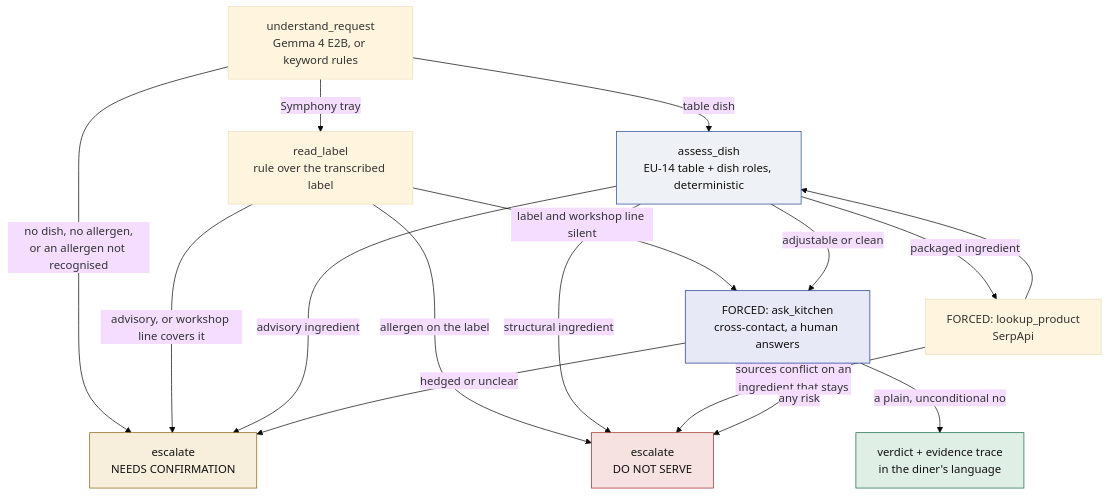
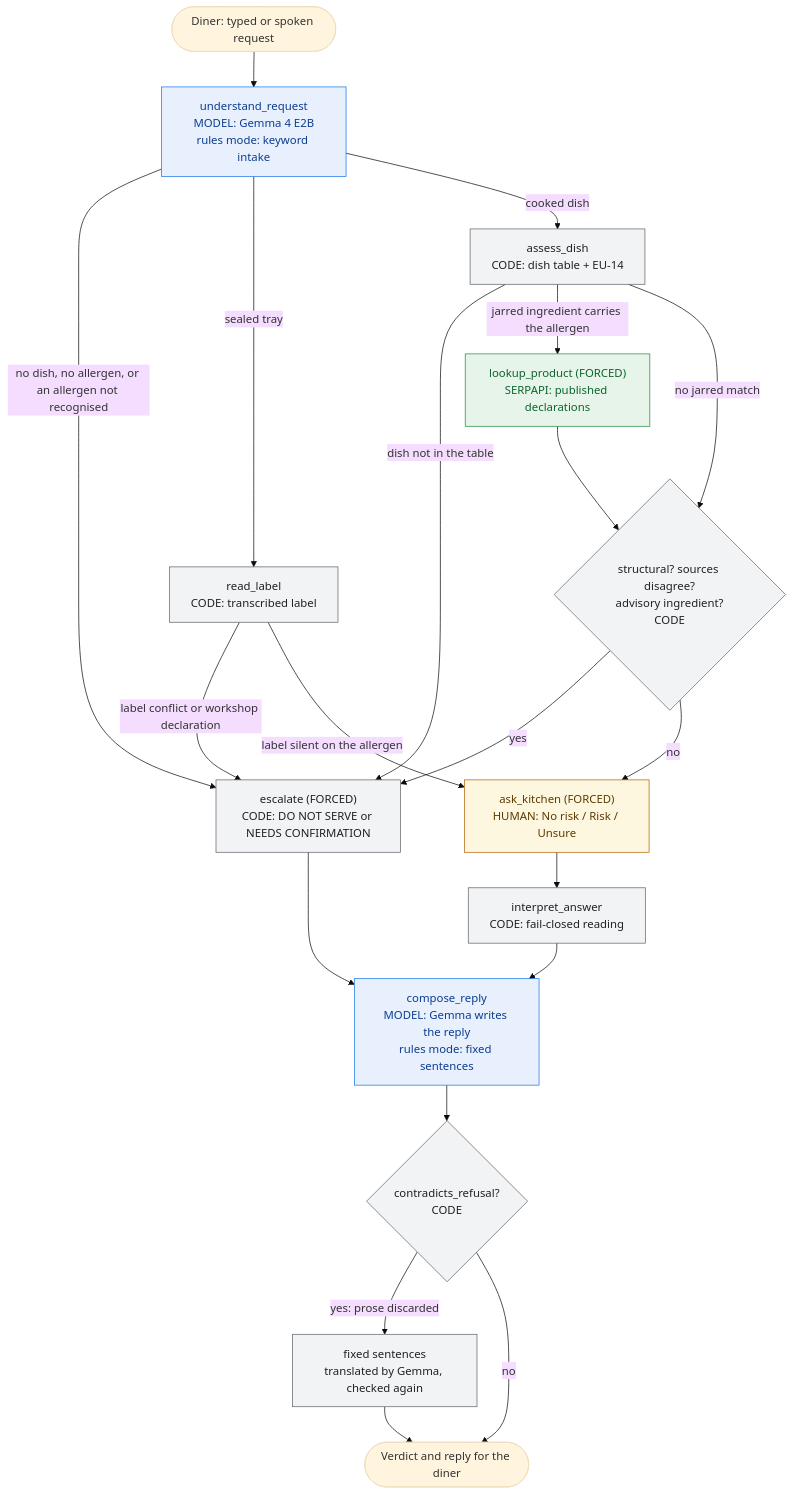
Before and after one commit to soneeee22000/safeplate: the diagram in README.md, drawn with Mermaid (base theme). The commit also changed other lines of this file and 18 other files, not shown here.

````diff
--- a/README.md
+++ b/README.md
@@ -130,24 +82,31 @@
 ```mermaid
 flowchart TD
-    HEAR["understand_request<br/>Gemma 4 E2B, or keyword rules"] -->|no dish, no allergen,<br/>or an allergen not recognised| HOLD
-    HEAR -->|Symphony tray| LABEL["read_label<br/>rule over the transcribed label"]
-    HEAR -->|table dish| ASSESS["assess_dish<br/>EU-14 table + dish roles, deterministic"]
-    LABEL -->|allergen on the label| STOP
-    LABEL -->|advisory, or workshop line covers it| HOLD["escalate<br/>NEEDS CONFIRMATION"]
-    LABEL -->|label and workshop line silent| ASK
-    ASSESS -->|packaged ingredient| LOOKUP["FORCED: lookup_product<br/>SerpApi"]
-    ASSESS -->|structural ingredient| STOP["escalate<br/>DO NOT SERVE"]
-    ASSESS -->|advisory ingredient| HOLD
-    ASSESS -->|adjustable or clean| ASK["FORCED: ask_kitchen<br/>cross-contact, a human answers"]
-    LOOKUP -->|sources conflict on an<br/>ingredient that stays| STOP
-    LOOKUP --> ASSESS
-    ASK -->|any risk| STOP
-    ASK -->|hedged or unclear| HOLD
-    ASK -->|a plain, unconditional no| CARD["verdict + evidence trace<br/>in the diner's language"]
+    D(["Diner: typed or spoken request"]) --> U["understand_request<br/>MODEL: Gemma 4 E2B<br/>rules mode: keyword intake"]
+    U -->|"no dish, no allergen, or an allergen not recognised"| E
+    U -->|"sealed tray"| L["read_label<br/>CODE: transcribed label"]
+    U -->|"cooked dish"| A["assess_dish<br/>CODE: dish table + EU-14"]
+    A -->|"dish not in the table"| E
+    A -->|"jarred ingredient carries the allergen"| S["lookup_product (FORCED)<br/>SERPAPI: published declarations"]
+    A -->|"no jarred match"| X{"structural? sources disagree?<br/>advisory ingredient?<br/>CODE"}
+    S --> X
+    X -->|"yes"| E["escalate (FORCED)<br/>CODE: DO NOT SERVE or NEEDS CONFIRMATION"]
+    X -->|"no"| K["ask_kitchen (FORCED)<br/>HUMAN: No risk / Risk / Unsure"]
+    L -->|"label conflict or workshop declaration"| E
+    L -->|"label silent on the allergen"| K
+    K --> I["interpret_answer<br/>CODE: fail-closed reading"]
+    I --> C["compose_reply<br/>MODEL: Gemma writes the reply<br/>rules mode: fixed sentences"]
+    E --> C
+    C --> G{"contradicts_refusal?<br/>CODE"}
+    G -->|"yes: prose discarded"| F["fixed sentences<br/>translated by Gemma, checked again"]
+    G -->|"no"| R(["Verdict and reply for the diner"])
+    F --> R
 
-    style STOP fill:#f6e2e0,stroke:#a02f28,color:#111
-    style HOLD fill:#f7efdc,stroke:#8a6412,color:#111
-    style CARD fill:#e0efe6,stroke:#176b45,color:#111
-    style ASSESS fill:#eef1f5,stroke:#2a4c99,color:#111
-    style ASK fill:#e8e9f7,stroke:#1f3a93,color:#111
+    classDef model fill:#e8f0fe,stroke:#1a73e8,color:#0b3d91
+    classDef code fill:#f1f3f4,stroke:#5f6368,color:#202124
+    classDef human fill:#fef7e0,stroke:#b06000,color:#5c3b00
+    classDef serp fill:#e6f4ea,stroke:#1e8e3e,color:#0d652d
+    class U,C model
+    class A,L,X,E,I,G,F code
+    class K human
+    class S serp
 ```
````
